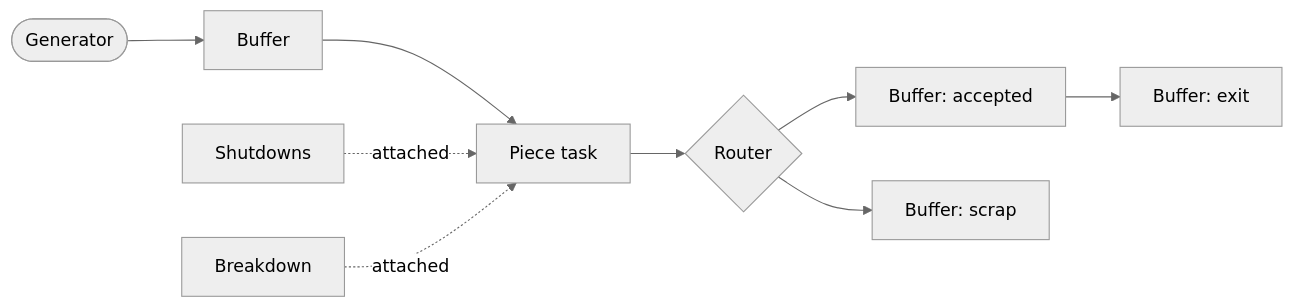
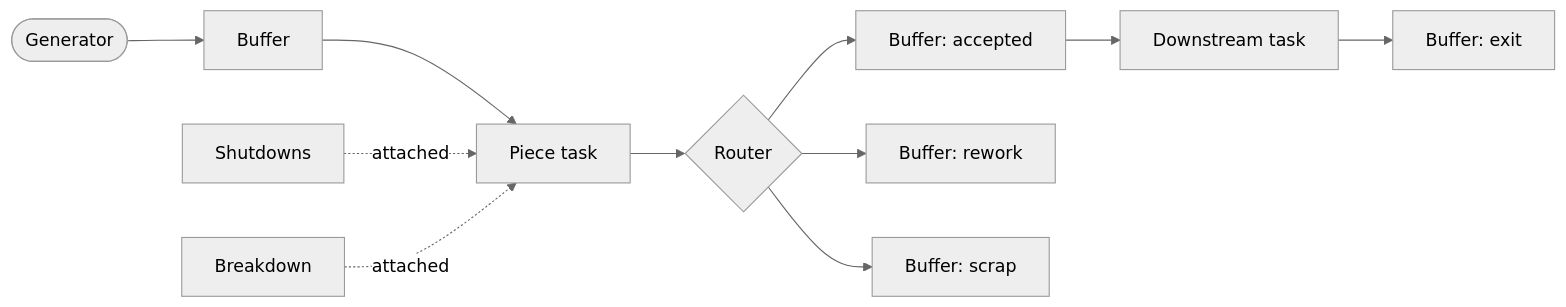
Before and after one commit to anthony-tannoury/Flow-simulator: the diagram in documentation/flow-designer.en.md, drawn with Mermaid (neutral theme). The commit also changed other lines of this file and 13 other files, not shown here.

````diff
--- a/documentation/flow-designer.en.md
+++ b/documentation/flow-designer.en.md
@@ -61,11 +61,13 @@
 ```mermaid
 flowchart LR
     G([Generator]) --> B1[Buffer]
     B1 --> T[Piece task]
     T --> R{Router}
     R --> B2[Buffer: accepted]
+    R --> B3[Buffer: rework]
     R --> SC[Buffer: scrap]
-    B2 --> EX[Buffer: exit]
+    B2 --> T2[Downstream task]
+    T2 --> EX[Buffer: exit]
     SD[Shutdowns] -.attached.-> T
     BD[Breakdown] -.attached.-> T
 ```
````
